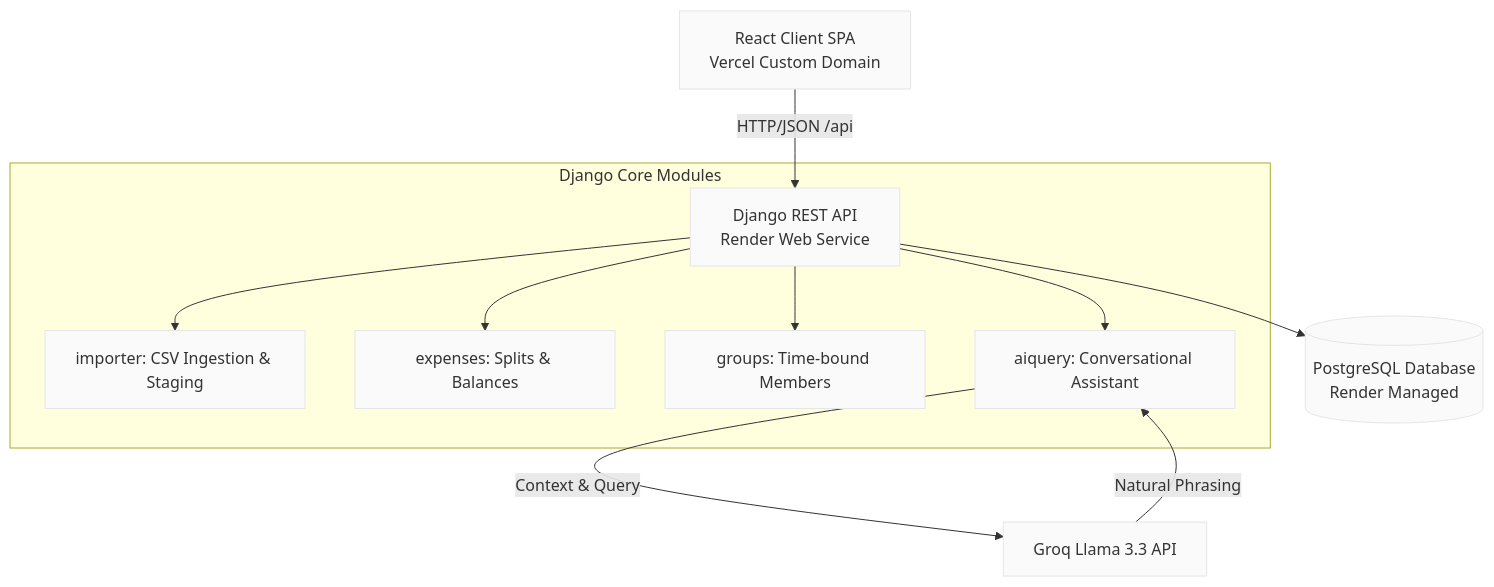
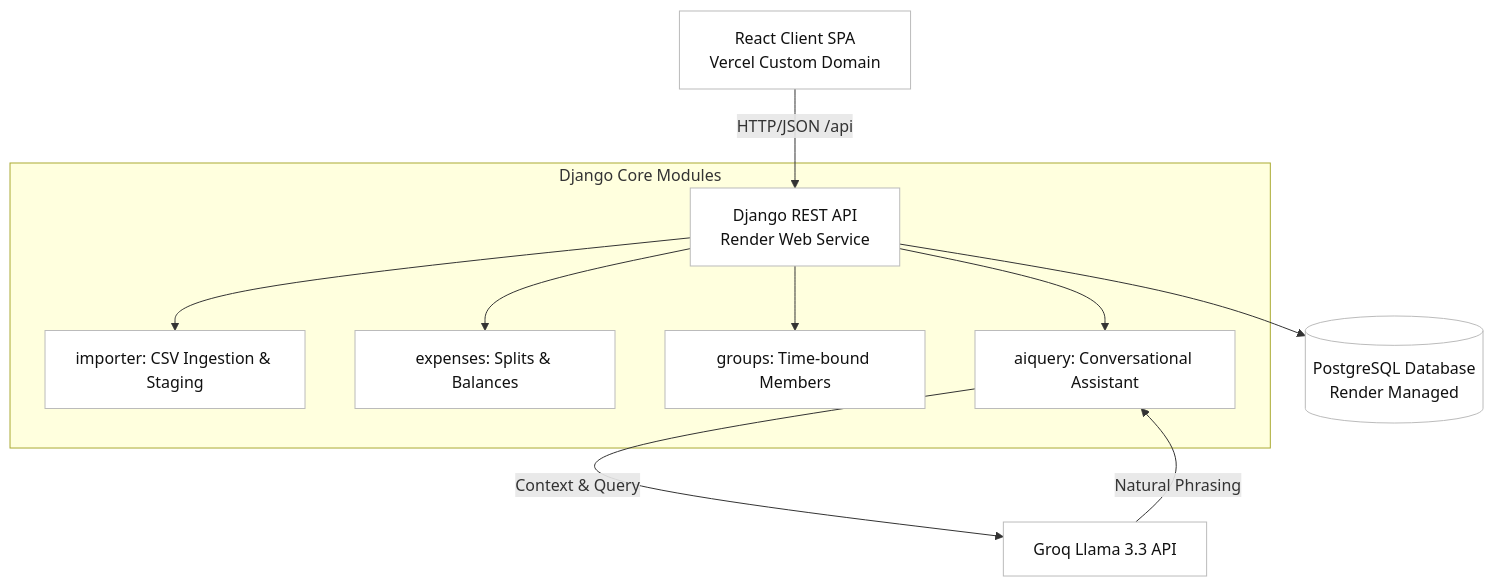
One commit to Komalpreet2809/BrokeTogether changed the first of 3 diagrams in README.md. Above: the diagram before and after it, drawn with Mermaid.

Commit message:
Fix dark mode text visibility inside README.md Mermaid infographic

````diff
--- a/README.md
+++ b/README.md
@@ -56,18 +56,18 @@
 ```mermaid
 graph TD
-    classDef default fill:#fafafa,stroke:#e5e5e5,stroke-width:1px;
-    classDef highlight fill:#f5f5f5,stroke:#000,stroke-width:2px;
+    classDef default fill:#ffffff,stroke:#bbb,stroke-width:1px,color:#111;
+    classDef highlight fill:#f0f0f0,stroke:#333,stroke-width:2px,color:#111;
 
     A[React Client SPA <br> Vercel Custom Domain] -- HTTP/JSON /api --> B[Django REST API <br> Render Web Service]
     B --> C[(PostgreSQL Database <br> Render Managed)]
     
     subgraph Django Core Modules
         B --> D[importer: CSV Ingestion & Staging]
         B --> E[expenses: Splits & Balances]
         B --> F[groups: Time-bound Members]
         B --> G[aiquery: Conversational Assistant]
     end
     
     G -- Context & Query --> H[Groq Llama 3.3 API]
     H -- Natural Phrasing --> G
 ```
````
